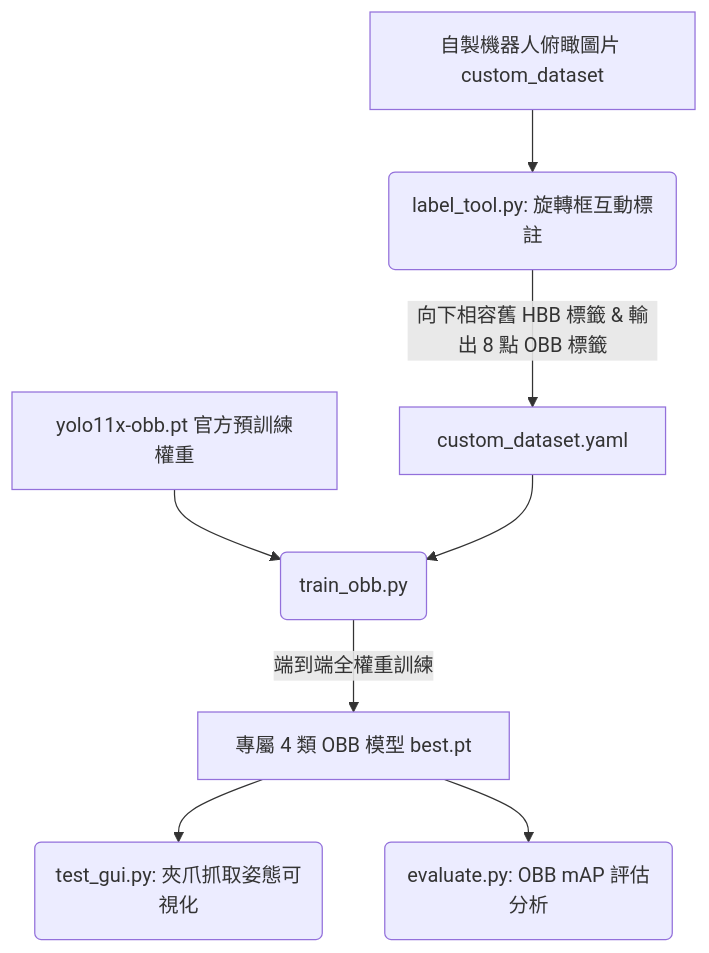
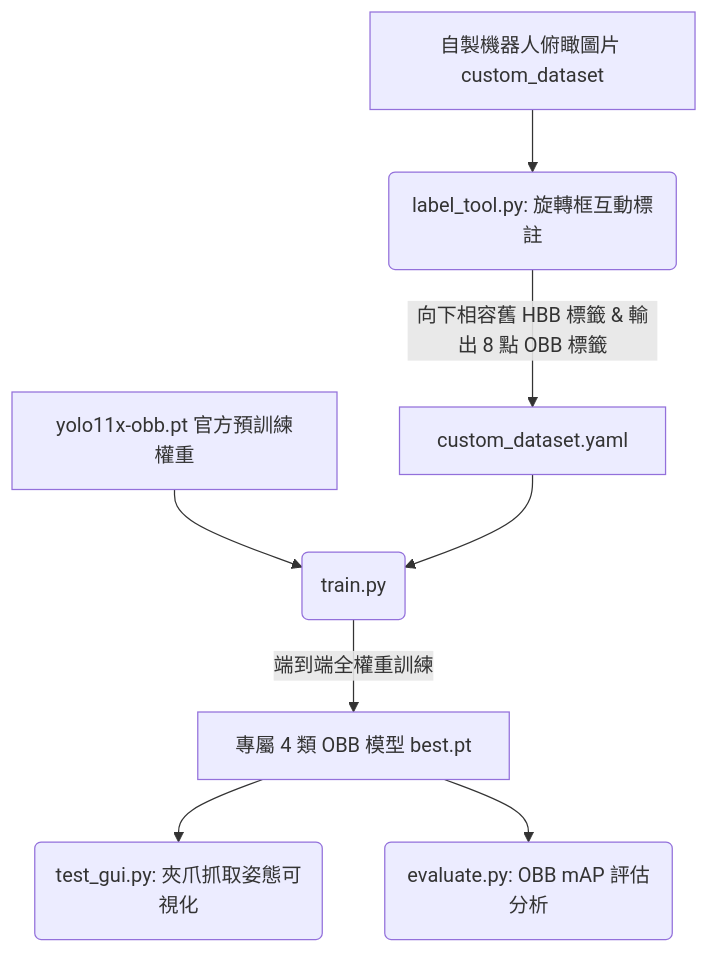
One commit to BigBlueW/garbage-classification-yolo changed the diagram in README.md. Above: the diagram before and after it, drawn with Mermaid. The commit also changed other lines of this file and 5 other files, not shown here.

````diff
--- a/README.md
+++ b/README.md
@@ -13,12 +13,12 @@
 ```mermaid
 graph TD
     A[自製機器人俯瞰圖片 custom_dataset] --> B(label_tool.py: 旋轉框互動標註)
     B -->|向下相容舊 HBB 標籤 & 輸出 8 點 OBB 標籤| C[custom_dataset.yaml]
     
-    D[yolo11x-obb.pt 官方預訓練權重] --> E(train_obb.py)
+    D[yolo11x-obb.pt 官方預訓練權重] --> E(train.py)
     C --> E
     
     E -->|端到端全權重訓練| F[專屬 4 類 OBB 模型 best.pt]
     F --> G(test_gui.py: 夾爪抓取姿態可視化)
     F --> H(evaluate.py: OBB mAP 評估分析)
 ```
````
